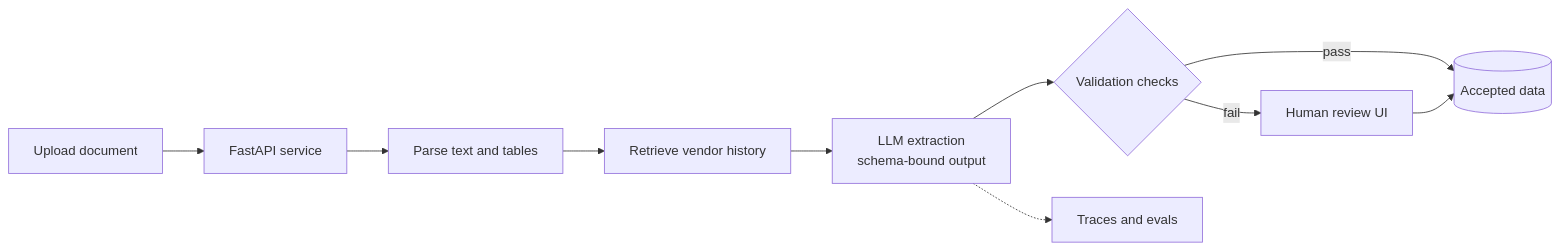
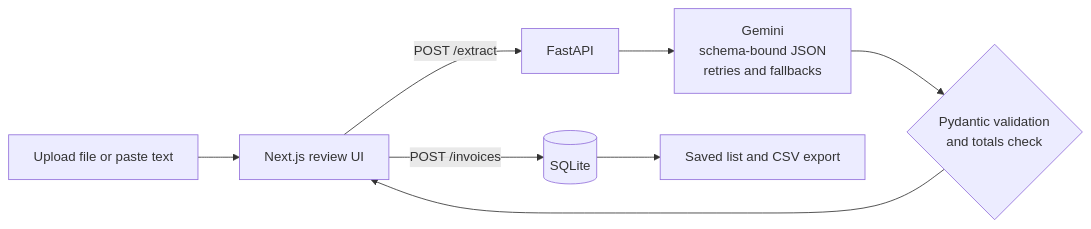
Before and after one commit to Valentina14142000/invoice-desk: the diagram in README.md, drawn with Mermaid. The commit also changed other lines of this file, not shown here.

````diff
--- a/README.md
+++ b/README.md
@@ -55,12 +39,10 @@
 ```mermaid
 flowchart LR
-    A[Upload document] --> B[FastAPI service]
-    B --> C[Parse text and tables]
-    C --> D[Retrieve vendor history]
-    D --> E[LLM extraction<br/>schema-bound output]
-    E --> F{Validation checks}
-    F -- pass --> G[(Accepted data)]
-    F -- fail --> H[Human review UI]
-    H --> G
-    E -.-> I[Traces and evals]
+    A[Upload file or paste text] --> B[Next.js review UI]
+    B -->|POST /extract| C[FastAPI]
+    C --> D[Gemini<br/>schema-bound JSON<br/>retries and fallbacks]
+    D --> E{Pydantic validation<br/>and totals check}
+    E --> B
+    B -->|POST /invoices| F[(SQLite)]
+    F --> G[Saved list and CSV export]
 ```
````
